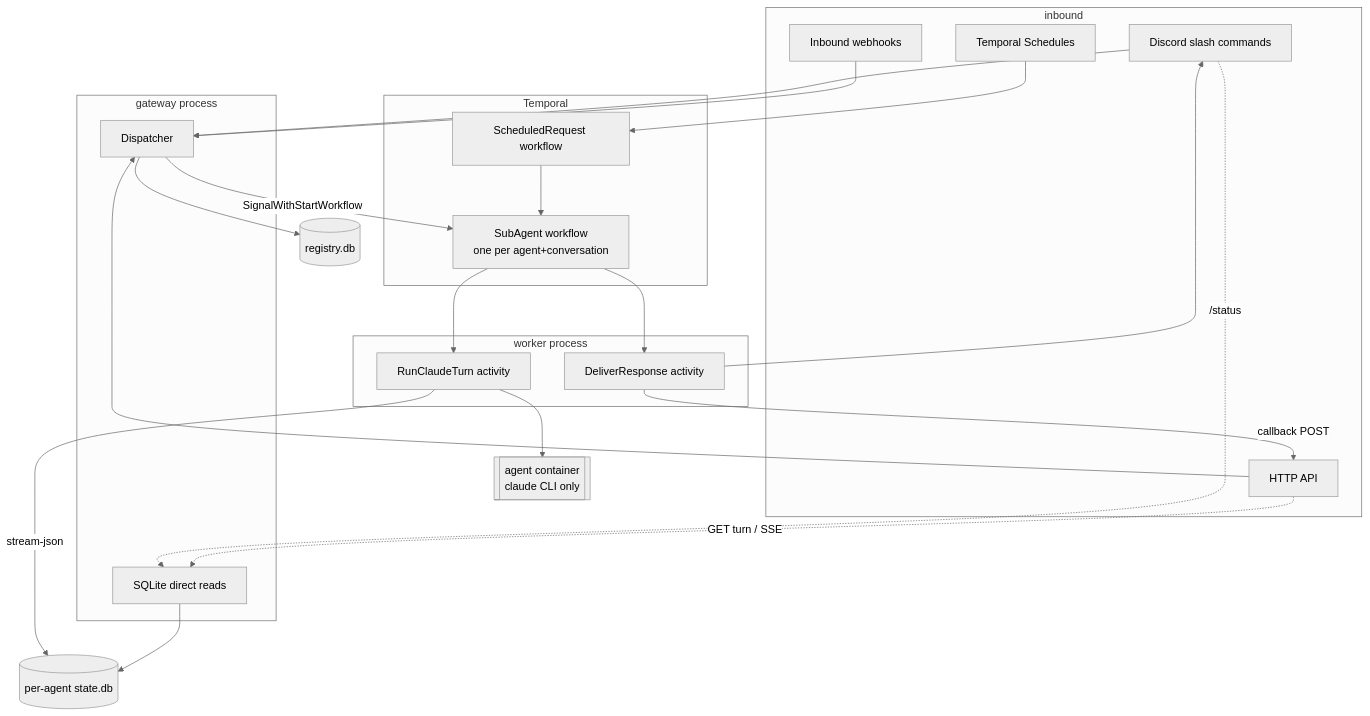
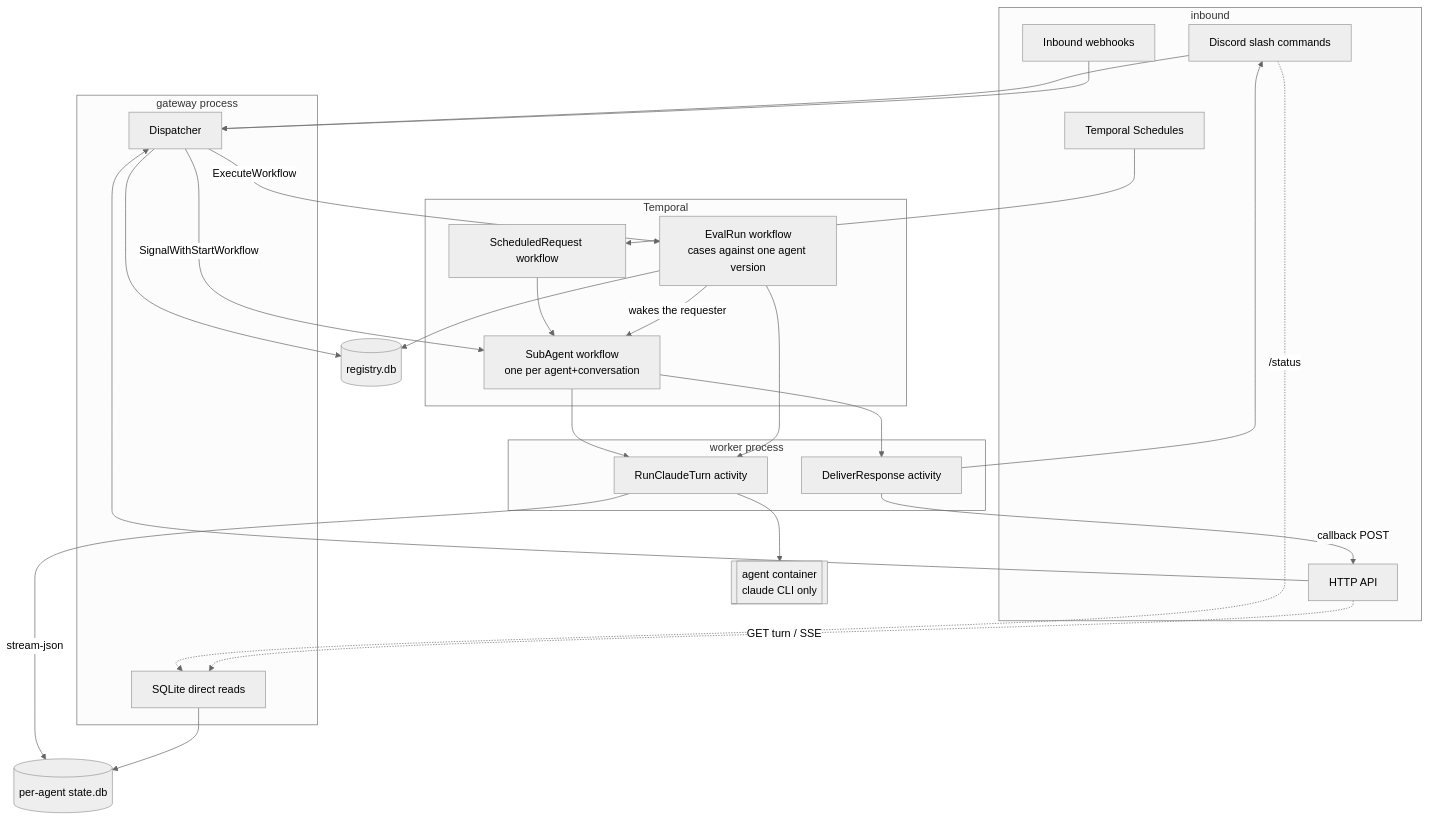
Before and after one commit to RRoundTable/roundclaw: the diagram in docs/architecture/README.md, drawn with Mermaid (neutral theme). The commit also changed other lines of this file and 2 other files, not shown here.

First line of the commit message:
Document the review loop where the architecture docs already look

````diff
--- a/docs/architecture/README.md
+++ b/docs/architecture/README.md
@@ -14,44 +14,49 @@
 ```mermaid
 flowchart TD
     subgraph inbound
         DC[Discord slash commands]
         API[HTTP API]
         WH[Inbound webhooks]
         SCH[Temporal Schedules]
     end
 
     subgraph gateway["gateway process"]
         DISP[Dispatcher]
         READ[SQLite direct reads]
     end
 
     subgraph temporal["Temporal"]
         WF[SubAgent workflow<br/>one per agent+conversation]
         SW[ScheduledRequest workflow]
+        EW[EvalRun workflow<br/>cases against one agent version]
     end
 
     subgraph worker["worker process"]
         RT[RunClaudeTurn activity]
         DEL[DeliverResponse activity]
     end
 
     CT[["agent container<br/>claude CLI only"]]
     DB[(per-agent state.db)]
     REG[(registry.db)]
 
     DC --> DISP
     API --> DISP
     WH --> DISP
     DISP -->|SignalWithStartWorkflow| WF
     SCH --> SW --> WF
+    DISP -->|ExecuteWorkflow| EW
     WF --> RT --> CT
+    EW --> RT
     RT -->|stream-json| DB
     WF --> DEL
     DEL --> DC
     DEL -->|callback POST| API
+    EW -->|wakes the requester| WF
 
     DC -.->|/status| READ
     API -.->|GET turn / SSE| READ
     READ --> DB
     DISP --> REG
+    EW --> REG
 ```
````
